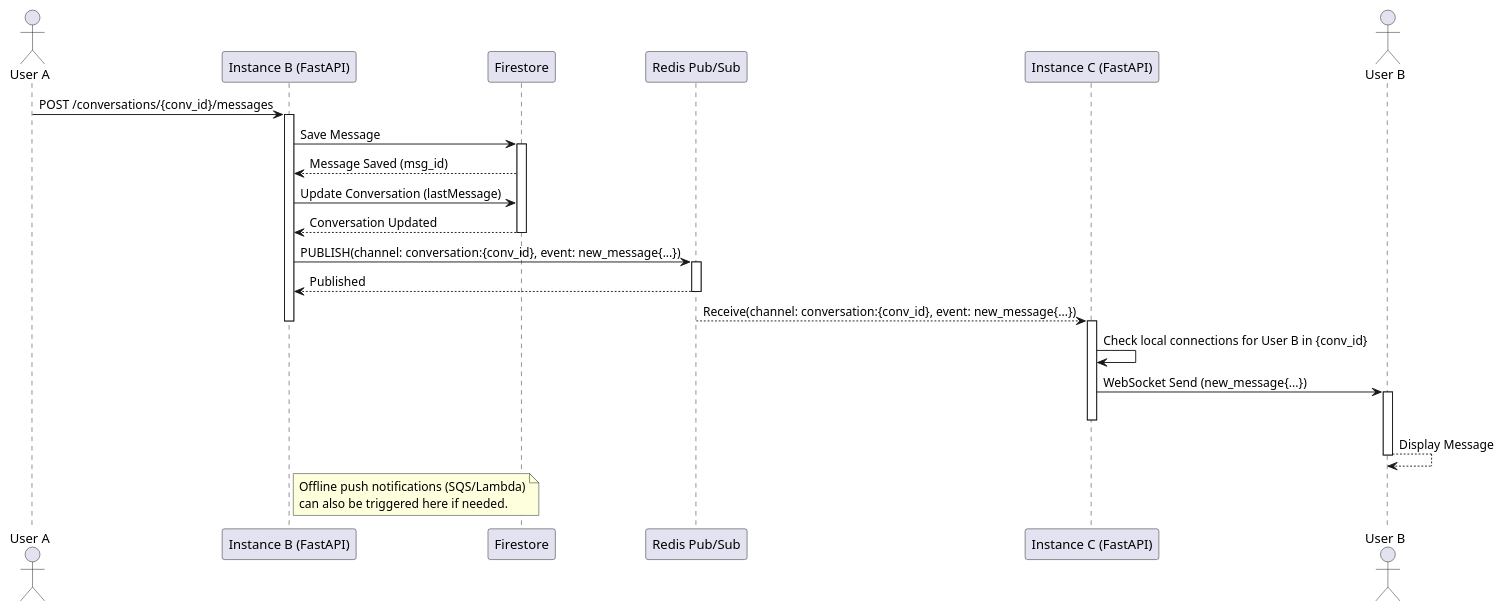
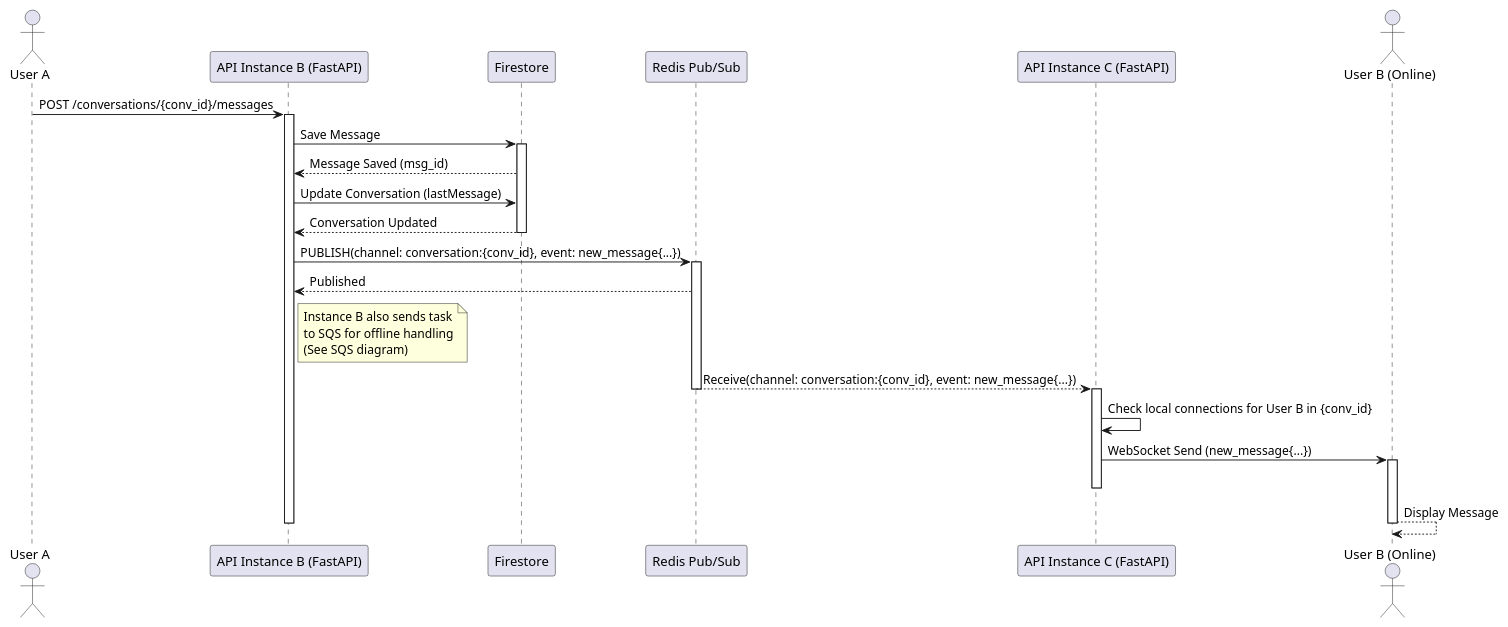
The diagram in chat_management/docs/new_message_flow.puml (Software-Architecture-HCMUT-242/zalo-phake), drawn with PlantUML before and after one commit. The commit also changed 11 other files, not shown here.

Commit message:
Refactor message handling to implement new message flow architecture; enhance offline notification processing with SQS and Redis integration

```diff
--- a/chat_management/docs/new_message_flow.puml
+++ b/chat_management/docs/new_message_flow.puml
@@ -1,36 +1,39 @@
-@startuml New Message Flow
+@startuml New Message Flow (Online Recipient)
 actor "User A" as UserA
-participant "Instance B (FastAPI)" as InstB
+participant "API Instance B (FastAPI)" as InstB
 participant "Firestore" as FS
 participant "Redis Pub/Sub" as Redis
-participant "Instance C (FastAPI)" as InstC
-actor "User B" as UserB
+participant "API Instance C (FastAPI)" as InstC
+actor "User B (Online)" as UserB
 
 UserA -> InstB : POST /conversations/{conv_id}/messages
 activate InstB
 InstB -> FS : Save Message
 activate FS
 FS --> InstB : Message Saved (msg_id)
 InstB -> FS : Update Conversation (lastMessage)
 FS --> InstB : Conversation Updated
 deactivate FS
+
 InstB -> Redis : PUBLISH(channel: conversation:{conv_id}, event: new_message{...})
 activate Redis
 Redis --> InstB : Published
+
+note right of InstB
+  Instance B also sends task
+  to SQS for offline handling
+  (See SQS diagram)
+end note
+
+Redis --> InstC : Receive(channel: conversation:{conv_id}, event: new_message{...})
 deactivate Redis
-Redis --> InstC : Receive(channel: conversation:{conv_id}, event: new_message{...})
-deactivate InstB
 activate InstC
 InstC -> InstC : Check local connections for User B in {conv_id}
 InstC -> UserB : WebSocket Send (new_message{...})
 activate UserB
 deactivate InstC
 UserB --> UserB : Display Message
 deactivate UserB
-
-note right of InstB
-  Offline push notifications (SQS/Lambda)
-  can also be triggered here if needed.
-end note
+deactivate InstB
 
 @enduml
```
